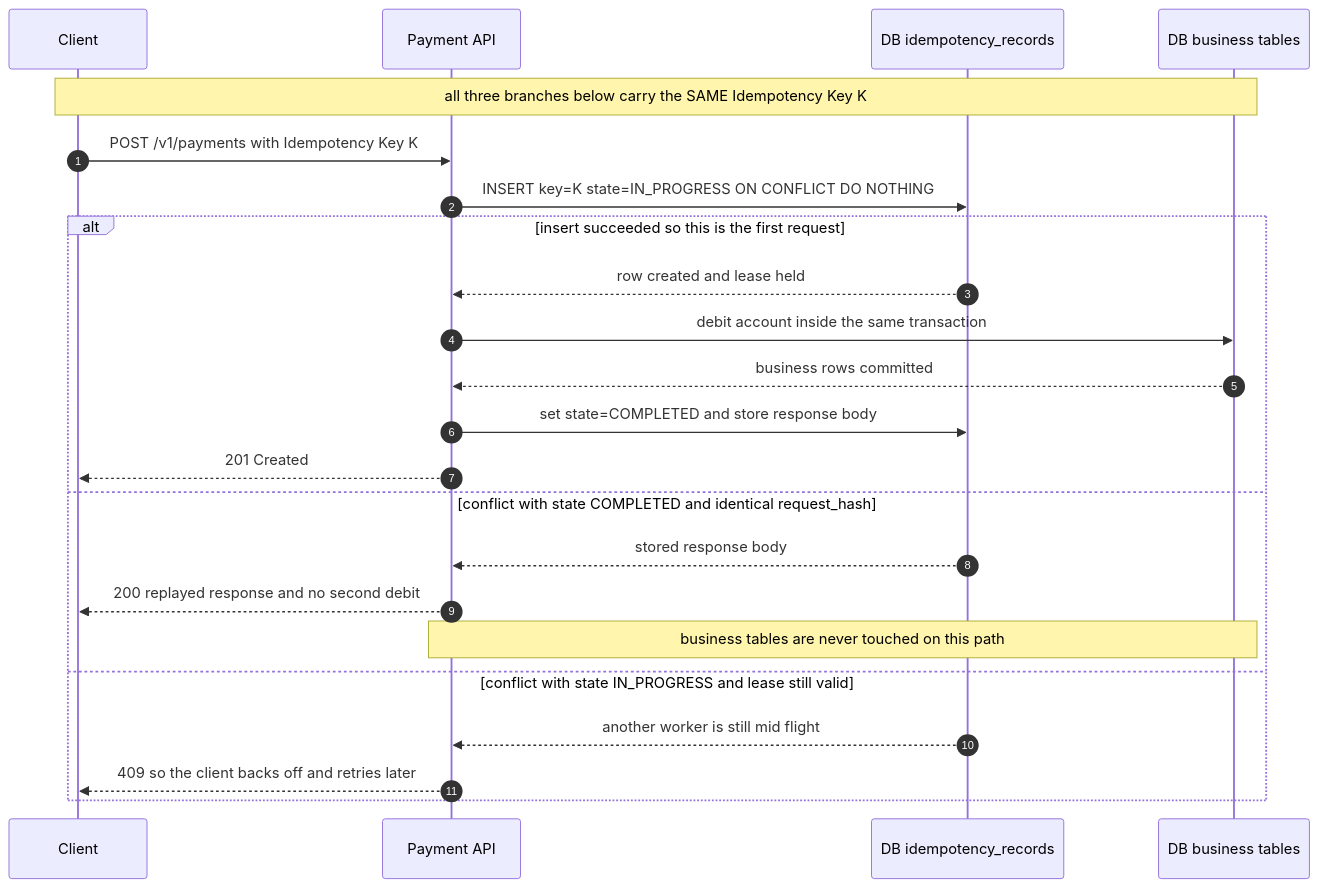
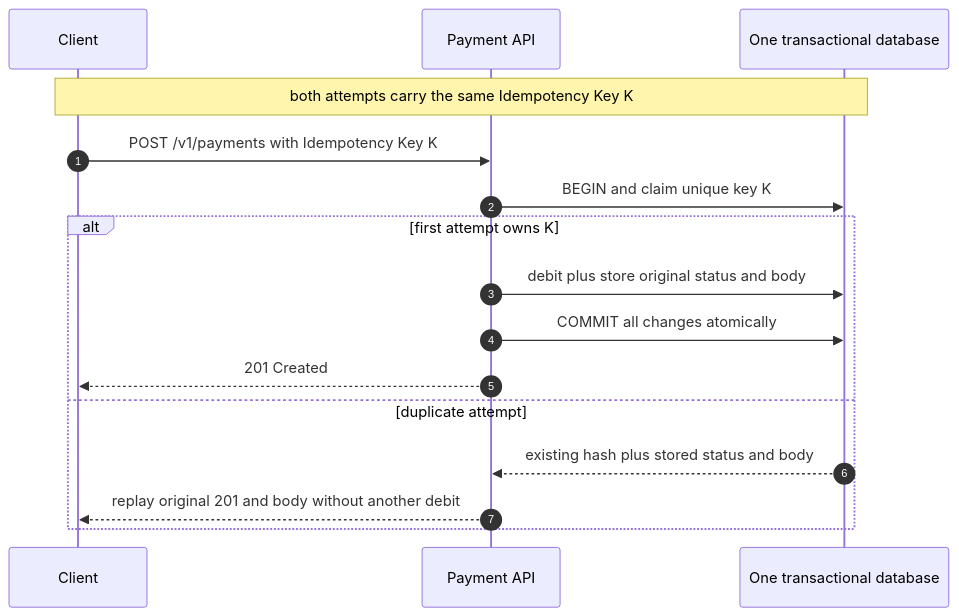
One commit to wuwangzhang1216/system-design-handbook changed the first of 2 diagrams in 00-foundations/01-fundamentals.md. Above: the diagram before and after it, drawn with Mermaid. The commit also changed other lines of this file, not shown here.

````diff
--- a/00-foundations/01-fundamentals.md
+++ b/00-foundations/01-fundamentals.md
@@ -281,26 +349,19 @@
 ```mermaid
 sequenceDiagram
     autonumber
     participant C as Client
     participant API as Payment API
-    participant IDEM as DB idempotency_records
-    participant BIZ as DB business tables
+    participant DB as One transactional database
 
-    Note over C,BIZ: all three branches below carry the SAME Idempotency Key K
+    Note over C,DB: both attempts carry the same Idempotency Key K
     C->>API: POST /v1/payments with Idempotency Key K
-    API->>IDEM: INSERT key=K state=IN_PROGRESS ON CONFLICT DO NOTHING
-    alt insert succeeded so this is the first request
-        IDEM-->>API: row created and lease held
-        API->>BIZ: debit account inside the same transaction
-        BIZ-->>API: business rows committed
-        API->>IDEM: set state=COMPLETED and store response body
+    API->>DB: BEGIN and claim unique key K
+    alt first attempt owns K
+        API->>DB: debit plus store original status and body
+        API->>DB: COMMIT all changes atomically
         API-->>C: 201 Created
-    else conflict with state COMPLETED and identical request_hash
-        IDEM-->>API: stored response body
-        API-->>C: 200 replayed response and no second debit
-        Note over API,BIZ: business tables are never touched on this path
-    else conflict with state IN_PROGRESS and lease still valid
-        IDEM-->>API: another worker is still mid flight
-        API-->>C: 409 so the client backs off and retries later
+    else duplicate attempt
+        DB-->>API: existing hash plus stored status and body
+        API-->>C: replay original 201 and body without another debit
     end
 ```
````
